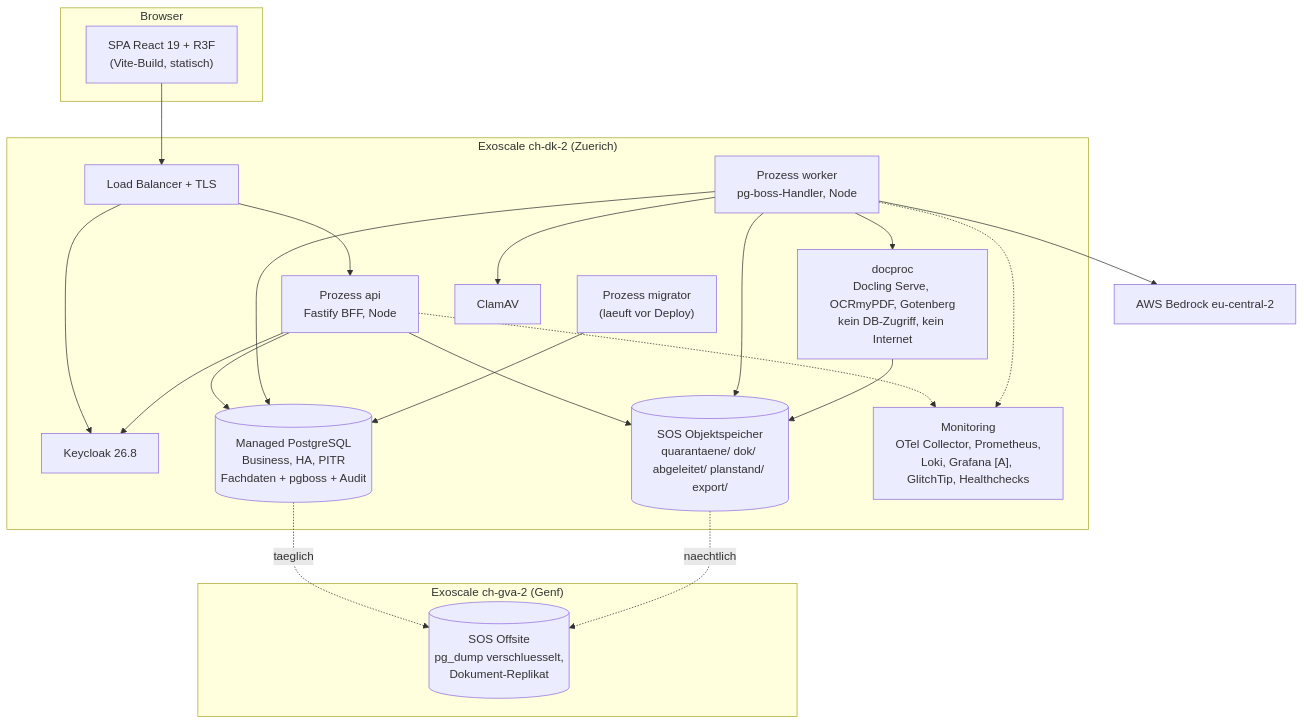
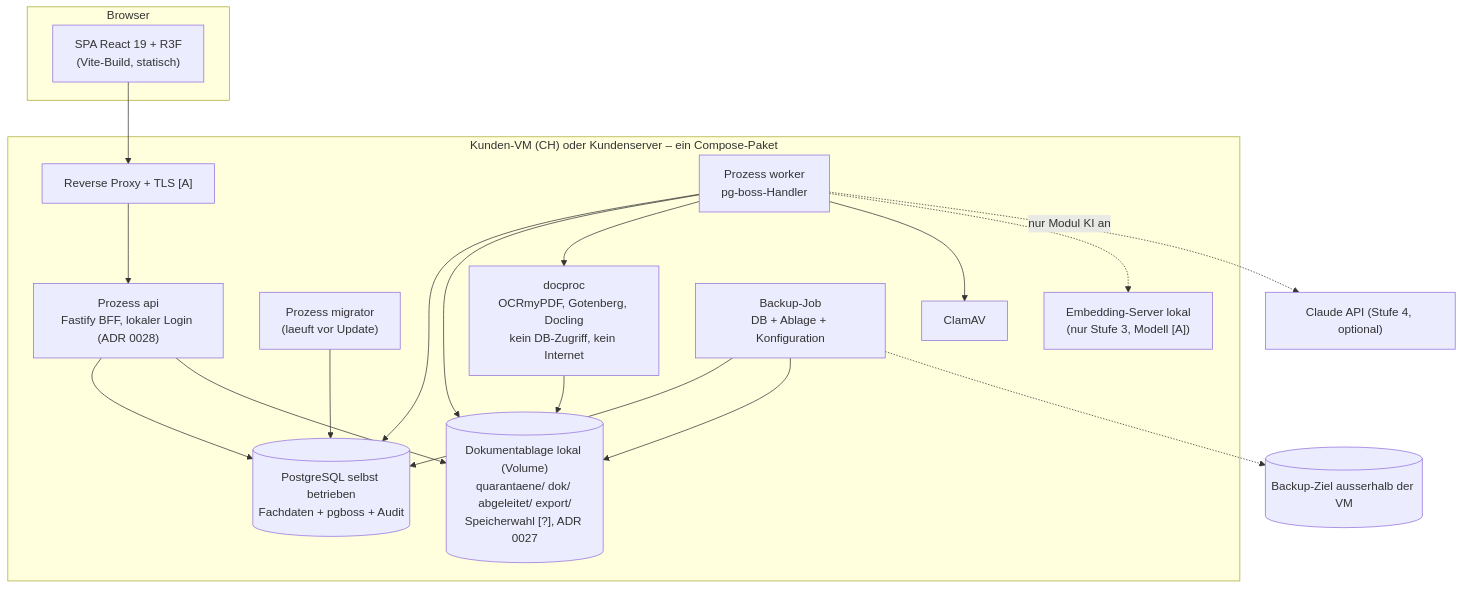
The second of 7 diagrams in docs/architektur/03-architektur.md (mattarge04-gif/Planora), drawn with Mermaid before and after one commit. The commit also changed other lines of this file, not shown here.

````diff
--- a/docs/architektur/03-architektur.md
+++ b/docs/architektur/03-architektur.md
@@ -72,38 +92,34 @@
 ```mermaid
 flowchart TB
   subgraph browser["Browser"]
     spa["SPA React 19 + R3F<br/>(Vite-Build, statisch)"]
   end
-  subgraph exo["Exoscale ch-dk-2 (Zuerich)"]
-    lb["Load Balancer + TLS"]
-    api["Prozess api<br/>Fastify BFF, Node"]
-    wrk["Prozess worker<br/>pg-boss-Handler, Node"]
-    mig["Prozess migrator<br/>(laeuft vor Deploy)"]
-    doc["docproc<br/>Docling Serve, OCRmyPDF, Gotenberg<br/>kein DB-Zugriff, kein Internet"]
+  subgraph vm["Kunden-VM (CH) oder Kundenserver – ein Compose-Paket"]
+    rp["Reverse Proxy + TLS [A]"]
+    api["Prozess api<br/>Fastify BFF, lokaler Login (ADR 0028)"]
+    wrk["Prozess worker<br/>pg-boss-Handler"]
+    mig["Prozess migrator<br/>(laeuft vor Update)"]
+    doc["docproc<br/>OCRmyPDF, Gotenberg, Docling<br/>kein DB-Zugriff, kein Internet"]
     av["ClamAV"]
-    kc["Keycloak 26.8"]
-    pg[("Managed PostgreSQL<br/>Business, HA, PITR<br/>Fachdaten + pgboss + Audit")]
-    sos[("SOS Objektspeicher<br/>quarantaene/ dok/ abgeleitet/ planstand/ export/")]
-    mon["Monitoring<br/>OTel Collector, Prometheus,<br/>Loki, Grafana [A], GlitchTip, Healthchecks"]
+    emb["Embedding-Server lokal<br/>(nur Stufe 3, Modell [A])"]
+    pg[("PostgreSQL selbst betrieben<br/>Fachdaten + pgboss + Audit")]
+    abl[("Dokumentablage lokal (Volume)<br/>quarantaene/ dok/ abgeleitet/ export/<br/>Speicherwahl [?], ADR 0027")]
+    bk["Backup-Job<br/>DB + Ablage + Konfiguration"]
   end
-  subgraph gva["Exoscale ch-gva-2 (Genf)"]
-    off[("SOS Offsite<br/>pg_dump verschluesselt,<br/>Dokument-Replikat")]
-  end
-  bedrock["AWS Bedrock eu-central-2"]
-  spa --> lb --> api
-  lb --> kc
+  claude["Claude API (Stufe 4, optional)"]
+  ziel[("Backup-Ziel ausserhalb der VM")]
+  spa --> rp --> api
   api --> pg
-  api --> sos
-  api --> kc
+  api --> abl
   wrk --> pg
-  wrk --> sos
+  wrk --> abl
   wrk --> doc
   wrk --> av
-  wrk --> bedrock
-  doc --> sos
+  wrk -.-> emb
+  wrk -. "nur Modul KI an" .-> claude
+  doc --> abl
   mig --> pg
-  api -.-> mon
-  wrk -.-> mon
-  pg -. "taeglich" .-> off
-  sos -. "naechtlich" .-> off
+  bk --> pg
+  bk --> abl
+  bk -.-> ziel
 ```
````
